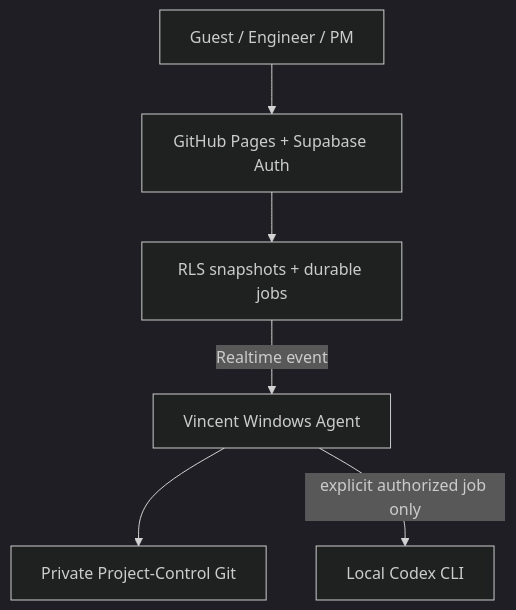
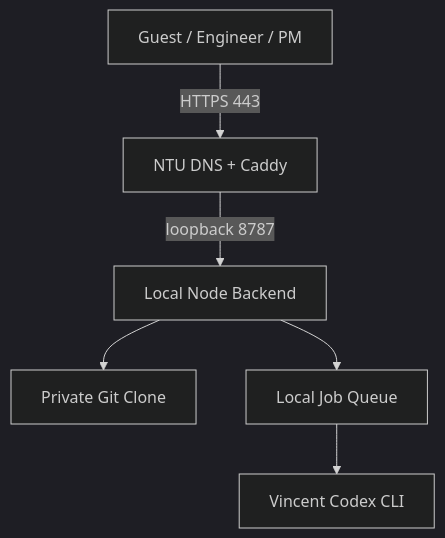
The diagram in README.md (smartport-ntume/SmartPort-Progress-Hub), drawn with Mermaid (dark theme) before and after one commit. The commit also changed other lines of this file and 27 other files, not shown here.

Commit message:
Add NTU public local backend deployment

````diff
--- a/README.md
+++ b/README.md
@@ -7,8 +5,8 @@
 ```mermaid
 flowchart TD
-    U["Guest / Engineer / PM"] --> S["GitHub Pages + Supabase Auth"]
-    S --> D["RLS snapshots + durable jobs"]
-    D -->|"Realtime event"| A["Vincent Windows Agent"]
-    A --> G["Private Project-Control Git"]
-    A -->|"explicit authorized job only"| C["Local Codex CLI"]
+    U["Guest / Engineer / PM"] -->|"HTTPS 443"| C["NTU DNS + Caddy"]
+    C -->|"loopback 8787"| B["Local Node Backend"]
+    B --> G["Private Git Clone"]
+    B --> Q["Local Job Queue"]
+    Q --> X["Vincent Codex CLI"]
 ```
````
